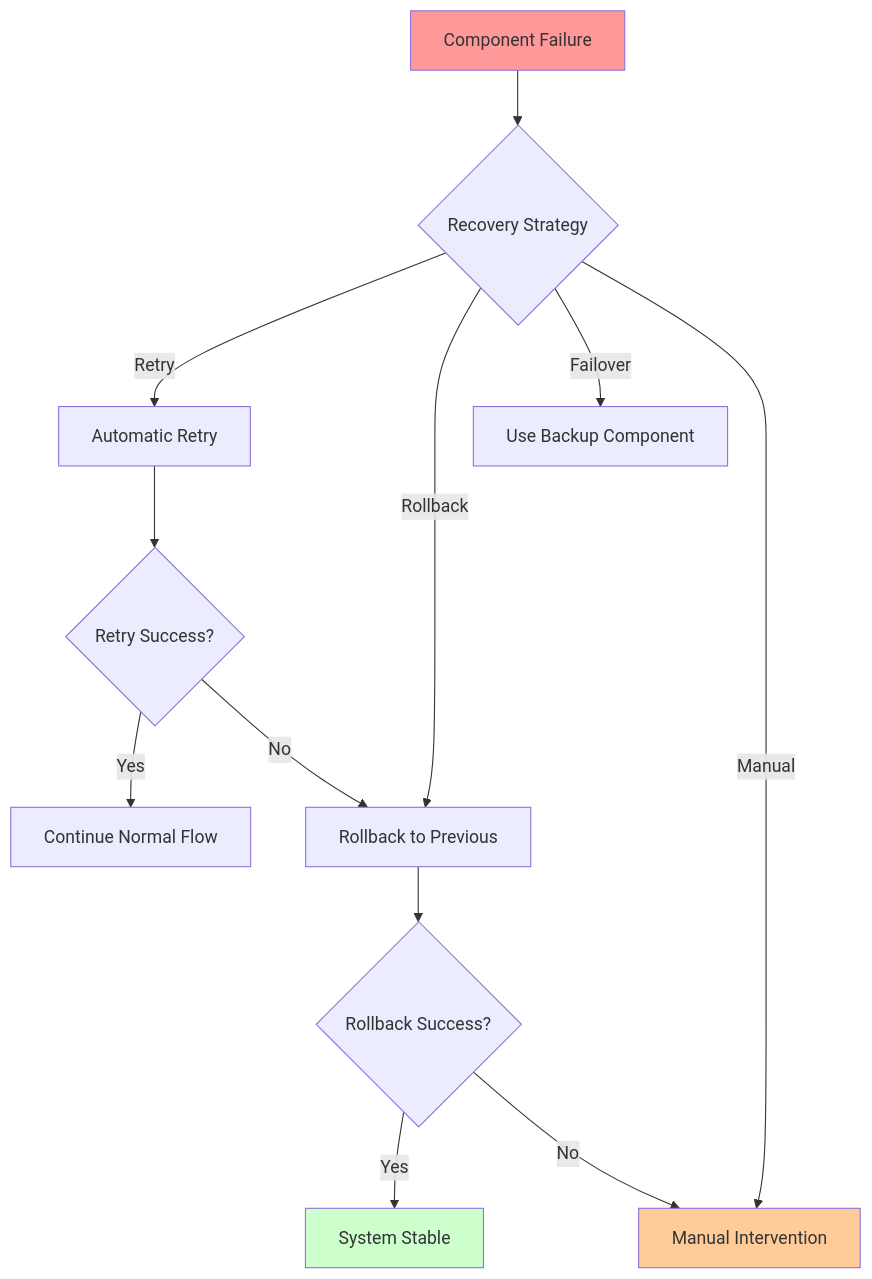
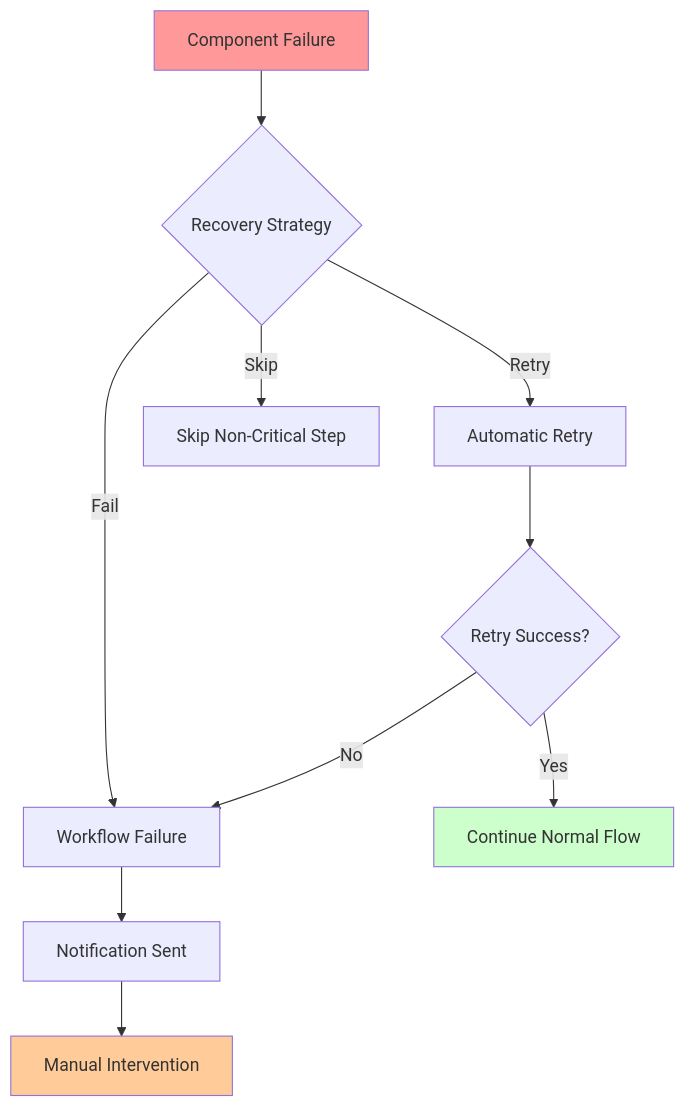
One commit to bxmty/dotca changed diagram 11 of 11 in docs/component-interaction-diagram.md. Above: the diagram before and after it, drawn with Mermaid. The commit also changed other lines of this file and 7 other files, not shown here.

````diff
--- a/docs/component-interaction-diagram.md
+++ b/docs/component-interaction-diagram.md
@@ -276,21 +368,19 @@
 ```mermaid
 flowchart TD
     A[Component Failure] --> B{Recovery Strategy}
 
     B -->|Retry| C[Automatic Retry]
-    B -->|Rollback| D[Rollback to Previous]
-    B -->|Failover| E[Use Backup Component]
-    B -->|Manual| F[Manual Intervention]
+    B -->|Skip| D[Skip Non-Critical Step]
+    B -->|Fail| E[Workflow Failure]
 
-    C --> G{Retry Success?}
-    G -->|Yes| H[Continue Normal Flow]
-    G -->|No| D
+    C --> F{Retry Success?}
+    F -->|Yes| G[Continue Normal Flow]
+    F -->|No| E
 
-    D --> I{Rollback Success?}
-    I -->|Yes| J[System Stable]
-    I -->|No| F
+    E --> H[Notification Sent]
+    H --> I[Manual Intervention]
 
     style A fill:#ff9999
-    style J fill:#ccffcc
-    style F fill:#ffcc99
+    style G fill:#ccffcc
+    style I fill:#ffcc99
 ```
````
